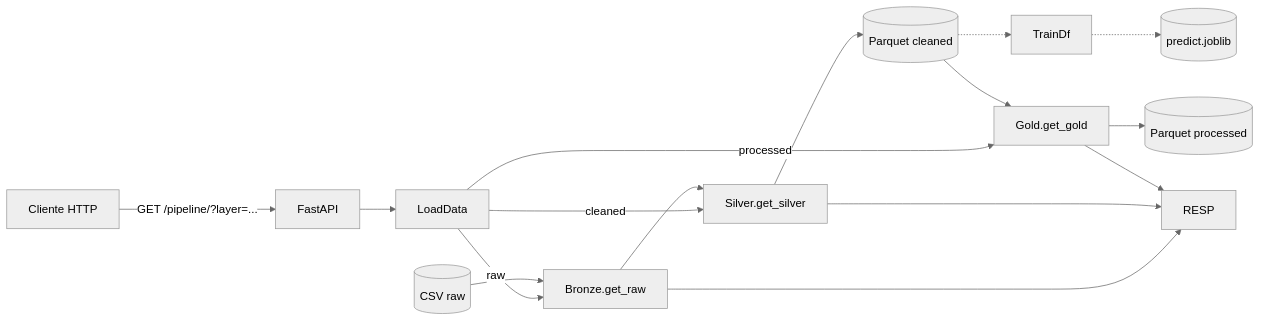
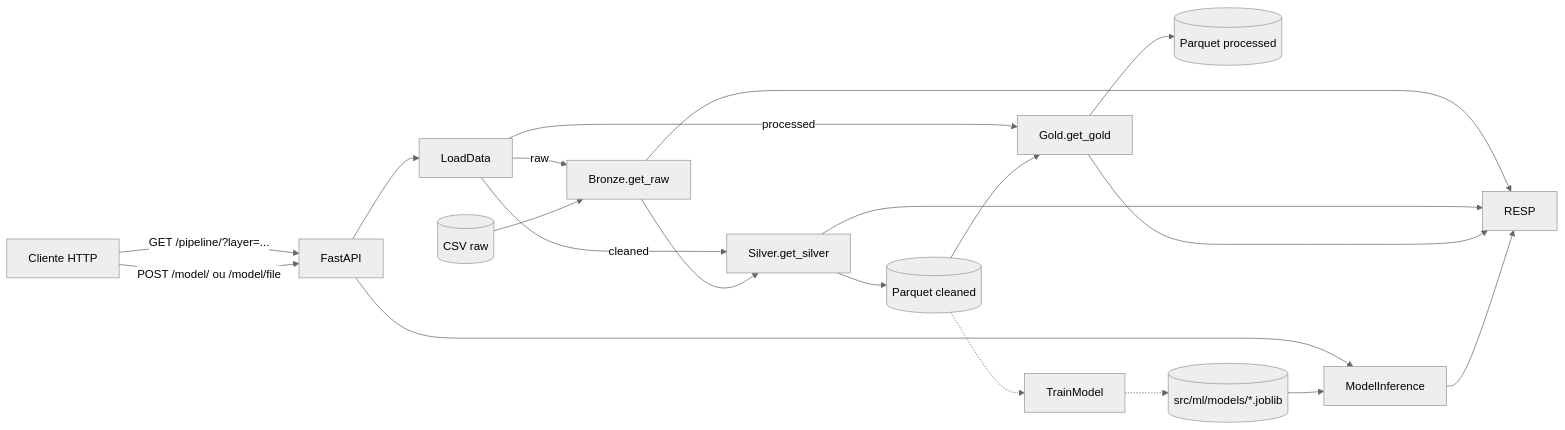
Before and after one commit to BrayanDevZN/AnaliseLeite: the diagram in README.md, drawn with Mermaid (neutral theme). The commit also changed other lines of this file, not shown here.

````diff
--- a/README.md
+++ b/README.md
@@ -66,22 +63,26 @@
 ```mermaid
 flowchart LR
     U[Cliente HTTP] -->|GET /pipeline/?layer=...| API[FastAPI]
+    U -->|POST /model/ ou /model/file| API
     API --> LOAD[LoadData]
+    API --> INFER[ModelInference]
 
     LOAD -->|raw| BRONZE[Bronze.get_raw]
     LOAD -->|cleaned| SILVER[Silver.get_silver]
     LOAD -->|processed| GOLD[Gold.get_gold]
 
     RAW[(CSV raw)] --> BRONZE
     BRONZE --> SILVER
     SILVER --> CLEAN[(Parquet cleaned)]
     CLEAN --> GOLD
     GOLD --> PROCESSED[(Parquet processed)]
 
     BRONZE --> RESP
     SILVER --> RESP
     GOLD --> RESP
 
-    CLEAN -.-> TRAIN[TrainDf]
-    TRAIN -.-> MODEL[(predict.joblib)]
+    CLEAN -.-> TRAIN[TrainModel]
+    TRAIN -.-> MODEL[(src/ml/models/*.joblib)]
+    MODEL --> INFER
+    INFER --> RESP
 ```
````
